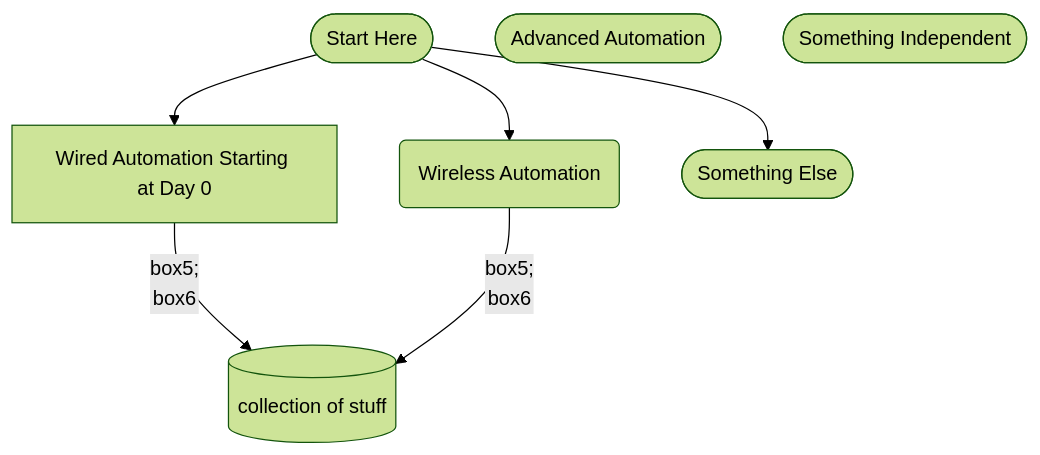
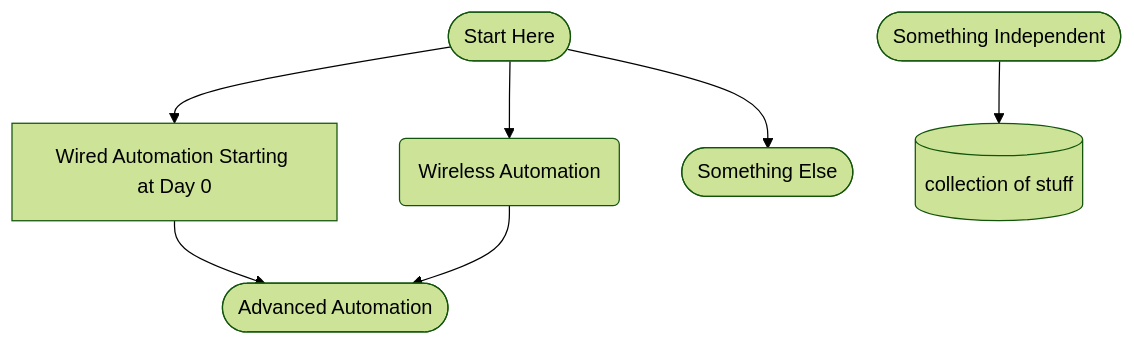
The diagram in flowdiagram.md (chanhale/toshare), drawn with Mermaid (forest theme) before and after one commit.

````diff
--- a/flowdiagram.md
+++ b/flowdiagram.md
@@ -3,16 +3,16 @@
 ```mermaid
 graph TD;
     box1([Start Here]);
     box2[Wired Automation Starting at Day 0];
     box3(Wireless Automation);
     box4([Something Else]);
     box5([Advanced Automation]);
     box6([Something Independent]);
     box7[(collection of stuff)];
     box1-->box2 & box3 & box4;
-    box2 & box3--box5;
+    box2 & box3-->box5;
     box6-->box7;
     click box2 "https://github.com/kebaldwi/DNAC-TEMPLATES/tree/master/LABS/LAB-1-Wired-Automation" "wired";
     click box3 "https://github.com/kebaldwi/DNAC-TEMPLATES/tree/master/LABS/LAB-2-Wireless-Automation" "wireless";
     click box5 "https://github.com/kebaldwi/DNAC-TEMPLATES/tree/master/LABS/LAB-3-Advanced-Automation" "advanced";
 ```
````
